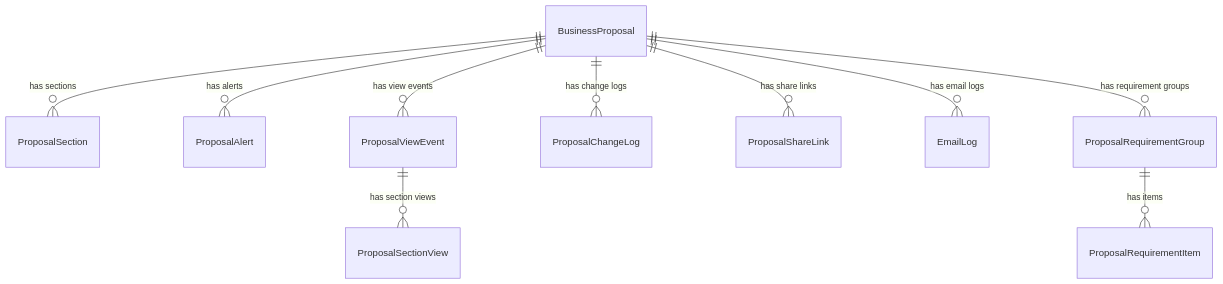
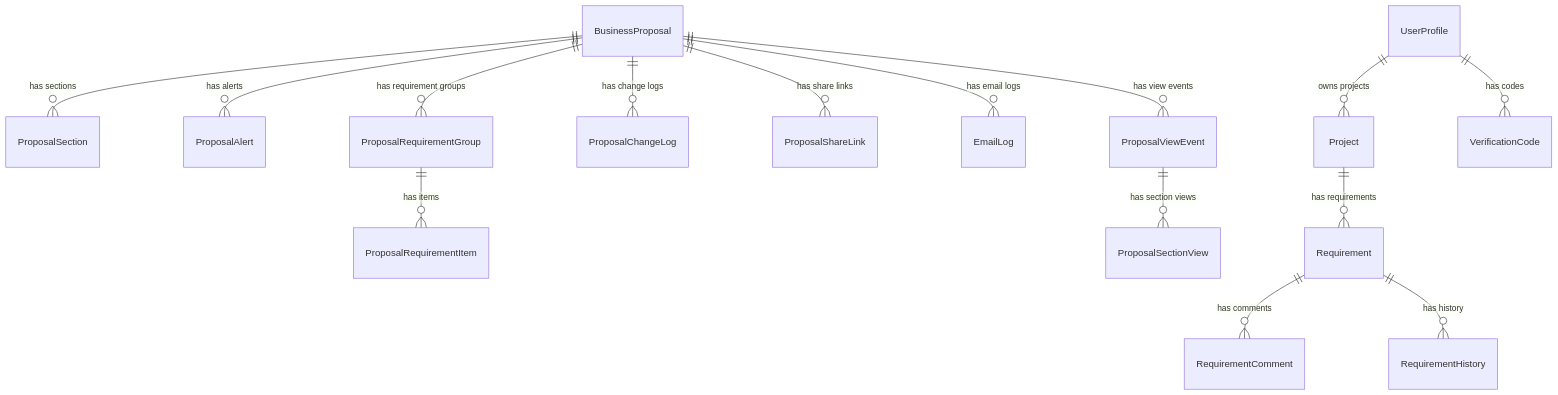
One commit to gustavop-dev/projectapp changed the fourth of 10 diagrams in docs/methodology/architecture.md. Above: the diagram before and after it, drawn with Mermaid. The commit also changed other lines of this file and 60 other files, not shown here.

````diff
--- a/docs/methodology/architecture.md
+++ b/docs/methodology/architecture.md
@@ -113,12 +117,18 @@
 ```mermaid
 erDiagram
     BusinessProposal ||--o{ ProposalSection : "has sections"
     BusinessProposal ||--o{ ProposalAlert : "has alerts"
     BusinessProposal ||--o{ ProposalViewEvent : "has view events"
     BusinessProposal ||--o{ ProposalChangeLog : "has change logs"
     BusinessProposal ||--o{ ProposalShareLink : "has share links"
     BusinessProposal ||--o{ EmailLog : "has email logs"
     BusinessProposal ||--o{ ProposalRequirementGroup : "has requirement groups"
     ProposalRequirementGroup ||--o{ ProposalRequirementItem : "has items"
     ProposalViewEvent ||--o{ ProposalSectionView : "has section views"
+
+    UserProfile ||--o{ Project : "owns projects"
+    UserProfile ||--o{ VerificationCode : "has codes"
+    Project ||--o{ Requirement : "has requirements"
+    Requirement ||--o{ RequirementComment : "has comments"
+    Requirement ||--o{ RequirementHistory : "has history"
 ```
````
